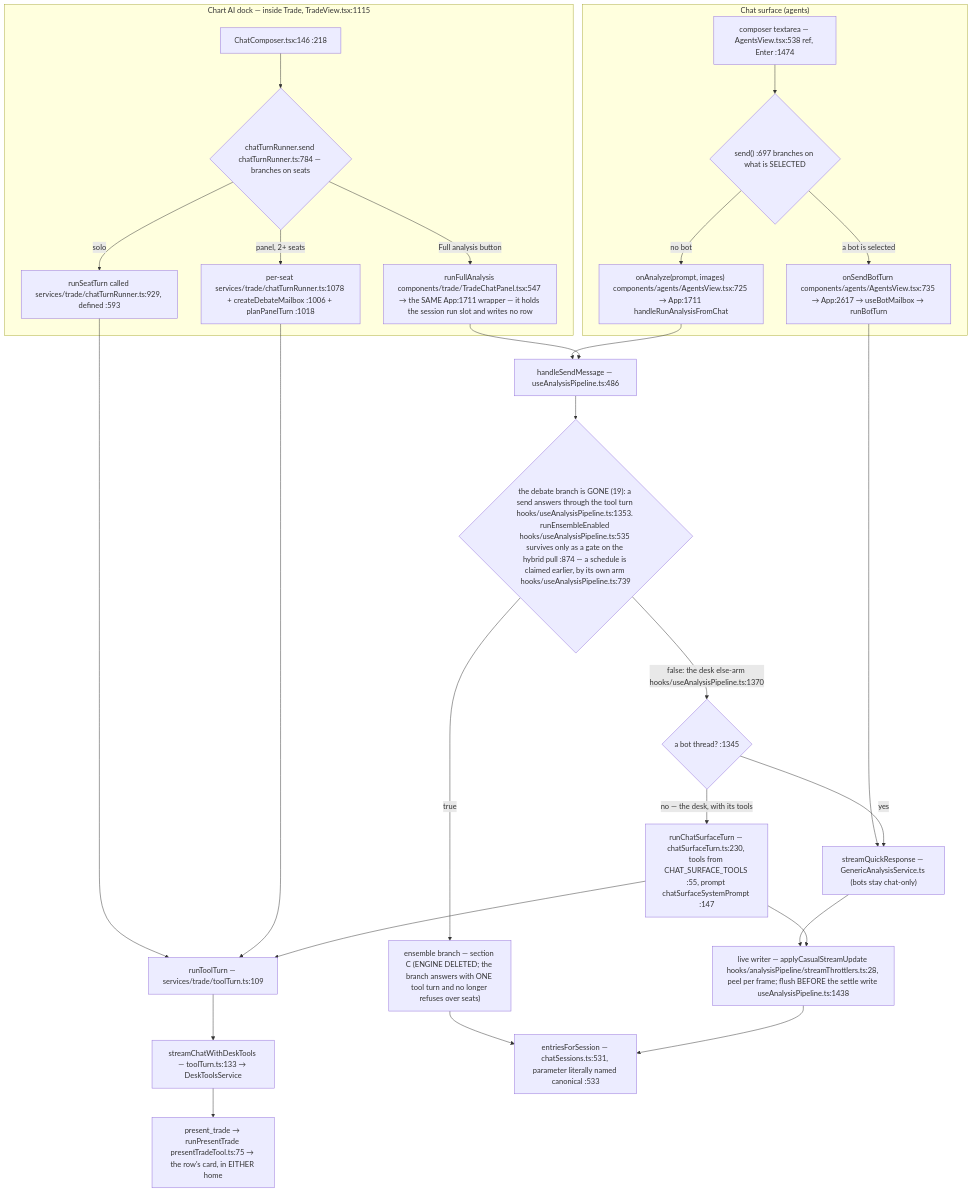
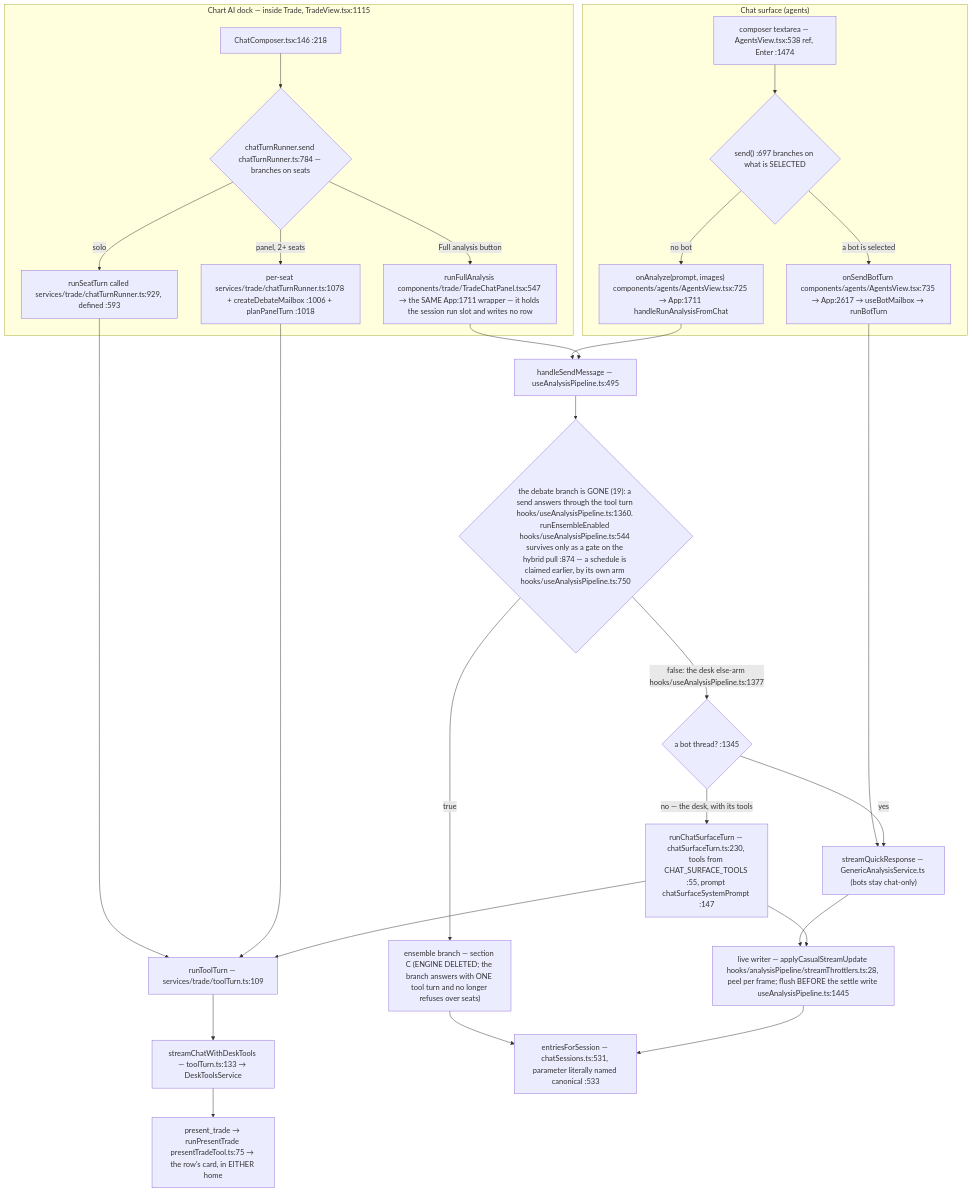
The second of 7 diagrams in docs/app-flow.md (Acepay25/august-3.5), drawn with Mermaid before and after one commit. The commit also changed other lines of this file and 6 other files, not shown here.

````diff
--- a/docs/app-flow.md
+++ b/docs/app-flow.md
@@ -60,31 +60,31 @@
 ```mermaid
 flowchart TD
     subgraph CHAT["Chat surface (agents)"]
         CB["composer textarea — AgentsView.tsx:538 ref, Enter :1474"] --> D1{"send() :697 branches on what is SELECTED"}
         D1 -->|a bot is selected| BOT["onSendBotTurn components/agents/AgentsView.tsx:735 → App:2617 → useBotMailbox → runBotTurn"]
         D1 -->|no bot| AN["onAnalyze(prompt, images) components/agents/AgentsView.tsx:725 → App:1711 handleRunAnalysisFromChat"]
     end
     subgraph DOCK["Chart AI dock — inside Trade, TradeView.tsx:1115"]
         DC["ChatComposer.tsx:146 :218"] --> D2{"chatTurnRunner.send chatTurnRunner.ts:784 — branches on seats"}
         D2 -->|solo| SO["runSeatTurn called services/trade/chatTurnRunner.ts:929, defined :593"]
         D2 -->|panel, 2+ seats| PN["per-seat services/trade/chatTurnRunner.ts:1078 + createDebateMailbox :1006 + planPanelTurn :1018"]
         D2 -->|Full analysis button| FA["runFullAnalysis components/trade/TradeChatPanel.tsx:547 → the SAME App:1711 wrapper — it holds the session run slot and writes no row"]
     end
     SO --> TT["runToolTurn — services/trade/toolTurn.ts:109"]
     PN --> TT
     TT --> SCDT["streamChatWithDeskTools — toolTurn.ts:133 → DeskToolsService"]
     BOT --> TR["streamQuickResponse — GenericAnalysisService.ts (bots stay chat-only)"]
-    AN --> HSM["handleSendMessage — useAnalysisPipeline.ts:486"]
+    AN --> HSM["handleSendMessage — useAnalysisPipeline.ts:495"]
     FA --> HSM
-    HSM --> D3{"the debate branch is GONE (19): a send answers through the tool turn hooks/useAnalysisPipeline.ts:1353. runEnsembleEnabled hooks/useAnalysisPipeline.ts:535 survives only as a gate on the hybrid pull :874 — a schedule is claimed earlier, by its own arm hooks/useAnalysisPipeline.ts:739"}
+    HSM --> D3{"the debate branch is GONE (19): a send answers through the tool turn hooks/useAnalysisPipeline.ts:1360. runEnsembleEnabled hooks/useAnalysisPipeline.ts:544 survives only as a gate on the hybrid pull :874 — a schedule is claimed earlier, by its own arm hooks/useAnalysisPipeline.ts:750"}
     D3 -->|true| ENS["ensemble branch — section C (ENGINE DELETED; the branch answers with ONE tool turn and no longer refuses over seats)"]
-    D3 -->|false: the desk else-arm hooks/useAnalysisPipeline.ts:1370| SPLIT{"a bot thread? :1345"}
+    D3 -->|false: the desk else-arm hooks/useAnalysisPipeline.ts:1377| SPLIT{"a bot thread? :1345"}
     SPLIT -->|yes| TR
     SPLIT -->|no — the desk, with its tools| CST["runChatSurfaceTurn — chatSurfaceTurn.ts:230, tools from CHAT_SURFACE_TOOLS :55, prompt chatSurfaceSystemPrompt :147"]
     CST --> TT
-    TR --> LW["live writer — applyCasualStreamUpdate hooks/analysisPipeline/streamThrottlers.ts:28, peel per frame; flush BEFORE the settle write useAnalysisPipeline.ts:1438"]
+    TR --> LW["live writer — applyCasualStreamUpdate hooks/analysisPipeline/streamThrottlers.ts:28, peel per frame; flush BEFORE the settle write useAnalysisPipeline.ts:1445"]
     CST --> LW
     ENS --> MERGE
     LW --> MERGE["entriesForSession — chatSessions.ts:531, parameter literally named canonical :533"]
     SCDT --> PT["present_trade → runPresentTrade presentTradeTool.ts:75 → the row's card, in EITHER home"]
 ```
````
